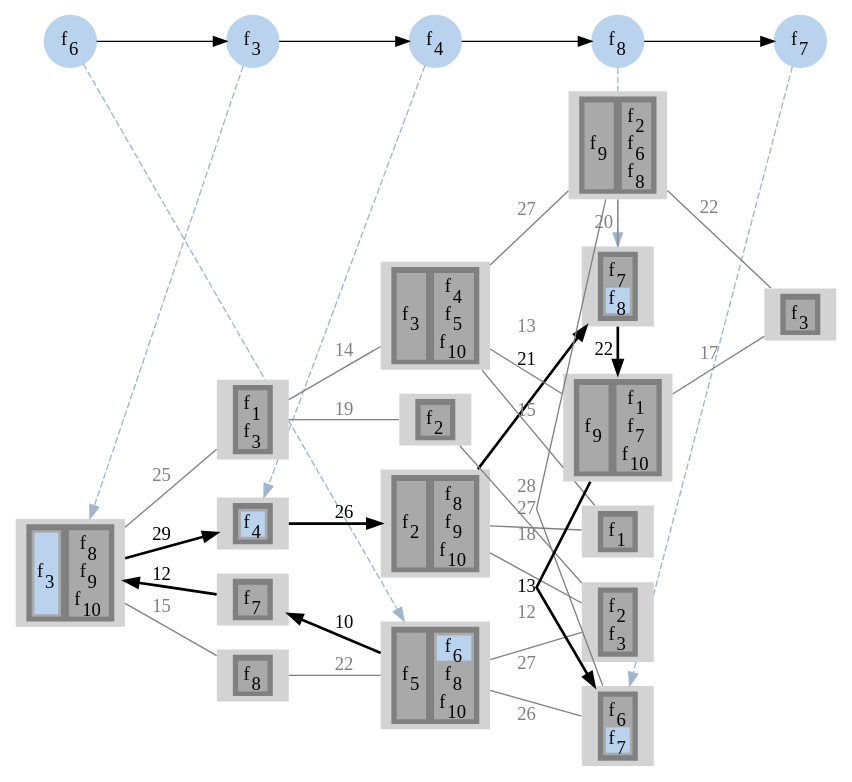
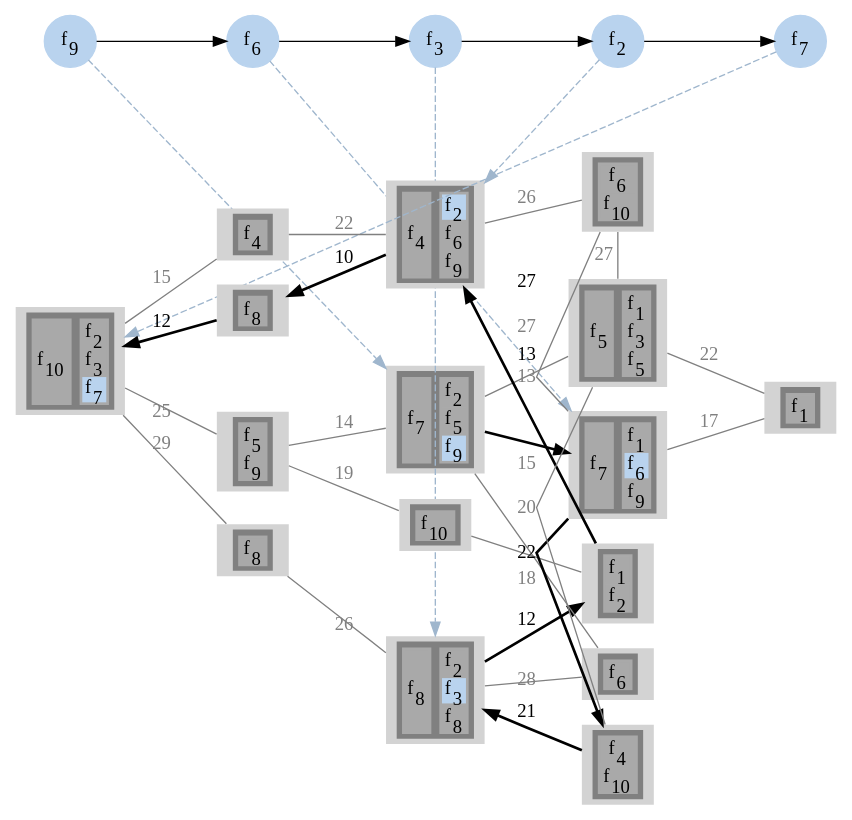
One commit to prateekshyap/SFC_Placement_in_VNF changed the diagram in output/sevenReliabilityOne/gv/sfcAssgn17.gv. Above: the diagram before and after it, drawn with Graphviz. The commit also changed 27 other files, not shown here.

```diff
--- a/output/sevenReliabilityOne/gv/sfcAssgn17.gv
+++ b/output/sevenReliabilityOne/gv/sfcAssgn17.gv
@@ -5,20 +5,20 @@
 subgraph sfc
 {
 node [shape=circle]
+{rank = same; f9; };
 {rank = same; f6; };
 {rank = same; f3; };
-{rank = same; f4; };
-{rank = same; f8; };
+{rank = same; f2; };
 {rank = same; f7; };
+f9[style=filled label=<f<SUB>9</SUB>> color="slategray2"]
 f6[style=filled label=<f<SUB>6</SUB>> color="slategray2"]
 f3[style=filled label=<f<SUB>3</SUB>> color="slategray2"]
-f4[style=filled label=<f<SUB>4</SUB>> color="slategray2"]
-f8[style=filled label=<f<SUB>8</SUB>> color="slategray2"]
+f2[style=filled label=<f<SUB>2</SUB>> color="slategray2"]
 f7[style=filled label=<f<SUB>7</SUB>> color="slategray2"]
+f9 -> f6
 f6 -> f3
-f3 -> f4
-f4 -> f8
-f8 -> f7
+f3 -> f2
+f2 -> f7
 }
 subgraph network
 {
@@ -28,20 +28,134 @@
 {rank = same; 4; 6; 7; 9; };
 {rank = same; 5; 11; 10; 14; 12; 13; };
 {rank = same; 16; };
+9[style=filled
+label=<
+<TABLE BORDER="0" BGCOLOR="gray">
+<TR>
+<TD>
+<TABLE BORDER="0" BGCOLOR="darkgray">
+<TR><TD PORT="f24" BGCOLOR="darkgray">f<SUB>7</SUB></TD></TR>
+</TABLE>
+</TD>
+<TD>
+<TABLE BORDER="0" BGCOLOR="darkgray">
+<TR><TD PORT="f6" BGCOLOR="darkgray">f<SUB>2</SUB></TD></TR>
+<TR><TD PORT="f16" BGCOLOR="darkgray">f<SUB>5</SUB></TD></TR>
+<TR><TD PORT="f32" BGCOLOR="slategray2">f<SUB>9</SUB></TD></TR>
+</TABLE>
+</TD>
+</TR>
+</TABLE>>]
+
+12[style=filled
+label=<
+<TABLE BORDER="0" BGCOLOR="gray">
+<TR>
+<TD>
+<TABLE BORDER="0" BGCOLOR="darkgray">
+<TR><TD PORT="f25" BGCOLOR="darkgray">f<SUB>7</SUB></TD></TR>
+</TABLE>
+</TD>
+<TD>
+<TABLE BORDER="0" BGCOLOR="darkgray">
+<TR><TD PORT="f2" BGCOLOR="darkgray">f<SUB>1</SUB></TD></TR>
+<TR><TD PORT="f22" BGCOLOR="slategray2">f<SUB>6</SUB></TD></TR>
+<TR><TD PORT="f33" BGCOLOR="darkgray">f<SUB>9</SUB></TD></TR>
+</TABLE>
+</TD>
+</TR>
+</TABLE>>]
+
+12[style=filled
+label=<
+<TABLE BORDER="0" BGCOLOR="gray">
+<TR>
+<TD>
+<TABLE BORDER="0" BGCOLOR="darkgray">
+<TR><TD PORT="f25" BGCOLOR="darkgray">f<SUB>7</SUB></TD></TR>
+</TABLE>
+</TD>
+<TD>
+<TABLE BORDER="0" BGCOLOR="darkgray">
+<TR><TD PORT="f2" BGCOLOR="darkgray">f<SUB>1</SUB></TD></TR>
+<TR><TD PORT="f22" BGCOLOR="slategray2">f<SUB>6</SUB></TD></TR>
+<TR><TD PORT="f33" BGCOLOR="darkgray">f<SUB>9</SUB></TD></TR>
+</TABLE>
+</TD>
+</TR>
+</TABLE>>]
+
+6[style=filled
+label=<
+<TABLE BORDER="0" BGCOLOR="gray">
+<TR>
+<TD>
+<TABLE BORDER="0" BGCOLOR="darkgray">
+<TR><TD PORT="f27" BGCOLOR="darkgray">f<SUB>8</SUB></TD></TR>
+</TABLE>
+</TD>
+<TD>
+<TABLE BORDER="0" BGCOLOR="darkgray">
+<TR><TD PORT="f9" BGCOLOR="darkgray">f<SUB>2</SUB></TD></TR>
+<TR><TD PORT="f10" BGCOLOR="slategray2">f<SUB>3</SUB></TD></TR>
+<TR><TD PORT="f30" BGCOLOR="darkgray">f<SUB>8</SUB></TD></TR>
+</TABLE>
+</TD>
+</TR>
+</TABLE>>]
+
+6[style=filled
+label=<
+<TABLE BORDER="0" BGCOLOR="gray">
+<TR>
+<TD>
+<TABLE BORDER="0" BGCOLOR="darkgray">
+<TR><TD PORT="f27" BGCOLOR="darkgray">f<SUB>8</SUB></TD></TR>
+</TABLE>
+</TD>
+<TD>
+<TABLE BORDER="0" BGCOLOR="darkgray">
+<TR><TD PORT="f9" BGCOLOR="darkgray">f<SUB>2</SUB></TD></TR>
+<TR><TD PORT="f10" BGCOLOR="slategray2">f<SUB>3</SUB></TD></TR>
+<TR><TD PORT="f30" BGCOLOR="darkgray">f<SUB>8</SUB></TD></TR>
+</TABLE>
+</TD>
+</TR>
+</TABLE>>]
+
 4[style=filled
 label=<
 <TABLE BORDER="0" BGCOLOR="gray">
 <TR>
 <TD>
 <TABLE BORDER="0" BGCOLOR="darkgray">
-<TR><TD PORT="f16" BGCOLOR="darkgray">f<SUB>5</SUB></TD></TR>
+<TR><TD PORT="f15" BGCOLOR="darkgray">f<SUB>4</SUB></TD></TR>
 </TABLE>
 </TD>
 <TD>
 <TABLE BORDER="0" BGCOLOR="darkgray">
-<TR><TD PORT="f19" BGCOLOR="slategray2">f<SUB>6</SUB></TD></TR>
-<TR><TD PORT="f26" BGCOLOR="darkgray">f<SUB>8</SUB></TD></TR>
-<TR><TD PORT="f38" BGCOLOR="darkgray">f<SUB>10</SUB></TD></TR>
+<TR><TD PORT="f8" BGCOLOR="slategray2">f<SUB>2</SUB></TD></TR>
+<TR><TD PORT="f21" BGCOLOR="darkgray">f<SUB>6</SUB></TD></TR>
+<TR><TD PORT="f31" BGCOLOR="darkgray">f<SUB>9</SUB></TD></TR>
+</TABLE>
+</TD>
+</TR>
+</TABLE>>]
+
+4[style=filled
+label=<
+<TABLE BORDER="0" BGCOLOR="gray">
+<TR>
+<TD>
+<TABLE BORDER="0" BGCOLOR="darkgray">
+<TR><TD PORT="f15" BGCOLOR="darkgray">f<SUB>4</SUB></TD></TR>
+</TABLE>
+</TD>
+<TD>
+<TABLE BORDER="0" BGCOLOR="darkgray">
+<TR><TD PORT="f8" BGCOLOR="slategray2">f<SUB>2</SUB></TD></TR>
+<TR><TD PORT="f21" BGCOLOR="darkgray">f<SUB>6</SUB></TD></TR>
+<TR><TD PORT="f31" BGCOLOR="darkgray">f<SUB>9</SUB></TD></TR>
 </TABLE>
 </TD>
 </TR>
@@ -53,33 +167,26 @@
 <TR>
 <TD>
 <TABLE BORDER="0" BGCOLOR="darkgray">
-<TR><TD PORT="f10" BGCOLOR="slategray2">f<SUB>3</SUB></TD></TR>
+<TR><TD PORT="f35" BGCOLOR="darkgray">f<SUB>10</SUB></TD></TR>
 </TABLE>
 </TD>
 <TD>
 <TABLE BORDER="0" BGCOLOR="darkgray">
-<TR><TD PORT="f28" BGCOLOR="darkgray">f<SUB>8</SUB></TD></TR>
-<TR><TD PORT="f32" BGCOLOR="darkgray">f<SUB>9</SUB></TD></TR>
-<TR><TD PORT="f36" BGCOLOR="darkgray">f<SUB>10</SUB></TD></TR>
+<TR><TD PORT="f7" BGCOLOR="darkgray">f<SUB>2</SUB></TD></TR>
+<TR><TD PORT="f11" BGCOLOR="darkgray">f<SUB>3</SUB></TD></TR>
+<TR><TD PORT="f26" BGCOLOR="slategray2">f<SUB>7</SUB></TD></TR>
 </TABLE>
 </TD>
 </TR>
 </TABLE>>]
 
-1[style=filled
+2[style=filled
 label=<
 <TABLE BORDER="0" BGCOLOR="gray">
 <TR>
 <TD>
 <TABLE BORDER="0" BGCOLOR="darkgray">
-<TR><TD PORT="f10" BGCOLOR="slategray2">f<SUB>3</SUB></TD></TR>
-</TABLE>
-</TD>
-<TD>
-<TABLE BORDER="0" BGCOLOR="darkgray">
 <TR><TD PORT="f28" BGCOLOR="darkgray">f<SUB>8</SUB></TD></TR>
-<TR><TD PORT="f32" BGCOLOR="darkgray">f<SUB>9</SUB></TD></TR>
-<TR><TD PORT="f36" BGCOLOR="darkgray">f<SUB>10</SUB></TD></TR>
 </TABLE>
 </TD>
 </TR>
@@ -91,19 +198,82 @@
 <TR>
 <TD>
 <TABLE BORDER="0" BGCOLOR="darkgray">
-<TR><TD PORT="f14" BGCOLOR="slategray2">f<SUB>4</SUB></TD></TR>
+<TR><TD PORT="f29" BGCOLOR="darkgray">f<SUB>8</SUB></TD></TR>
 </TABLE>
 </TD>
 </TR>
 </TABLE>>]
 
-3[style=filled
+8[style=filled
 label=<
 <TABLE BORDER="0" BGCOLOR="gray">
 <TR>
 <TD>
 <TABLE BORDER="0" BGCOLOR="darkgray">
-<TR><TD PORT="f14" BGCOLOR="slategray2">f<SUB>4</SUB></TD></TR>
+<TR><TD PORT="f17" BGCOLOR="darkgray">f<SUB>5</SUB></TD></TR>
+<TR><TD PORT="f34" BGCOLOR="darkgray">f<SUB>9</SUB></TD></TR>
+</TABLE>
+</TD>
+</TR>
+</TABLE>>]
+
+15[style=filled
+label=<
+<TABLE BORDER="0" BGCOLOR="gray">
+<TR>
+<TD>
+<TABLE BORDER="0" BGCOLOR="darkgray">
+<TR><TD PORT="f14" BGCOLOR="darkgray">f<SUB>4</SUB></TD></TR>
+</TABLE>
+</TD>
+</TR>
+</TABLE>>]
+
+5[style=filled
+label=<
+<TABLE BORDER="0" BGCOLOR="gray">
+<TR>
+<TD>
+<TABLE BORDER="0" BGCOLOR="darkgray">
+<TR><TD PORT="f1" BGCOLOR="darkgray">f<SUB>1</SUB></TD></TR>
+<TR><TD PORT="f5" BGCOLOR="darkgray">f<SUB>2</SUB></TD></TR>
+</TABLE>
+</TD>
+</TR>
+</TABLE>>]
+
+11[style=filled
+label=<
+<TABLE BORDER="0" BGCOLOR="gray">
+<TR>
+<TD>
+<TABLE BORDER="0" BGCOLOR="darkgray">
+<TR><TD PORT="f23" BGCOLOR="darkgray">f<SUB>6</SUB></TD></TR>
+<TR><TD PORT="f38" BGCOLOR="darkgray">f<SUB>10</SUB></TD></TR>
+</TABLE>
+</TD>
+</TR>
+</TABLE>>]
+
+7[style=filled
+label=<
+<TABLE BORDER="0" BGCOLOR="gray">
+<TR>
+<TD>
+<TABLE BORDER="0" BGCOLOR="darkgray">
+<TR><TD PORT="f37" BGCOLOR="darkgray">f<SUB>10</SUB></TD></TR>
+</TABLE>
+</TD>
+</TR>
+</TABLE>>]
+
+10[style=filled
+label=<
+<TABLE BORDER="0" BGCOLOR="gray">
+<TR>
+<TD>
+<TABLE BORDER="0" BGCOLOR="darkgray">
+<TR><TD PORT="f20" BGCOLOR="darkgray">f<SUB>6</SUB></TD></TR>
 </TABLE>
 </TD>
 </TR>
@@ -115,165 +285,8 @@
 <TR>
 <TD>
 <TABLE BORDER="0" BGCOLOR="darkgray">
-<TR><TD PORT="f20" BGCOLOR="darkgray">f<SUB>7</SUB></TD></TR>
-<TR><TD PORT="f27" BGCOLOR="slategray2">f<SUB>8</SUB></TD></TR>
-</TABLE>
-</TD>
-</TR>
-</TABLE>>]
-
-14[style=filled
-label=<
-<TABLE BORDER="0" BGCOLOR="gray">
-<TR>
-<TD>
-<TABLE BORDER="0" BGCOLOR="darkgray">
-<TR><TD PORT="f20" BGCOLOR="darkgray">f<SUB>7</SUB></TD></TR>
-<TR><TD PORT="f27" BGCOLOR="slategray2">f<SUB>8</SUB></TD></TR>
-</TABLE>
-</TD>
-</TR>
-</TABLE>>]
-
-11[style=filled
-label=<
-<TABLE BORDER="0" BGCOLOR="gray">
-<TR>
-<TD>
-<TABLE BORDER="0" BGCOLOR="darkgray">
-<TR><TD PORT="f18" BGCOLOR="darkgray">f<SUB>6</SUB></TD></TR>
-<TR><TD PORT="f22" BGCOLOR="slategray2">f<SUB>7</SUB></TD></TR>
-</TABLE>
-</TD>
-</TR>
-</TABLE>>]
-
-2[style=filled
-label=<
-<TABLE BORDER="0" BGCOLOR="gray">
-<TR>
-<TD>
-<TABLE BORDER="0" BGCOLOR="darkgray">
-<TR><TD PORT="f21" BGCOLOR="darkgray">f<SUB>7</SUB></TD></TR>
-</TABLE>
-</TD>
-</TR>
-</TABLE>>]
-
-8[style=filled
-label=<
-<TABLE BORDER="0" BGCOLOR="gray">
-<TR>
-<TD>
-<TABLE BORDER="0" BGCOLOR="darkgray">
-<TR><TD PORT="f3" BGCOLOR="darkgray">f<SUB>1</SUB></TD></TR>
-<TR><TD PORT="f11" BGCOLOR="darkgray">f<SUB>3</SUB></TD></TR>
-</TABLE>
-</TD>
-</TR>
-</TABLE>>]
-
-15[style=filled
-label=<
-<TABLE BORDER="0" BGCOLOR="gray">
-<TR>
-<TD>
-<TABLE BORDER="0" BGCOLOR="darkgray">
-<TR><TD PORT="f29" BGCOLOR="darkgray">f<SUB>8</SUB></TD></TR>
-</TABLE>
-</TD>
-</TR>
-</TABLE>>]
-
-6[style=filled
-label=<
-<TABLE BORDER="0" BGCOLOR="gray">
-<TR>
-<TD>
-<TABLE BORDER="0" BGCOLOR="darkgray">
-<TR><TD PORT="f6" BGCOLOR="darkgray">f<SUB>2</SUB></TD></TR>
-</TABLE>
-</TD>
-<TD>
-<TABLE BORDER="0" BGCOLOR="darkgray">
-<TR><TD PORT="f24" BGCOLOR="darkgray">f<SUB>8</SUB></TD></TR>
-<TR><TD PORT="f30" BGCOLOR="darkgray">f<SUB>9</SUB></TD></TR>
-<TR><TD PORT="f34" BGCOLOR="darkgray">f<SUB>10</SUB></TD></TR>
-</TABLE>
-</TD>
-</TR>
-</TABLE>>]
-
-5[style=filled
-label=<
-<TABLE BORDER="0" BGCOLOR="gray">
-<TR>
-<TD>
-<TABLE BORDER="0" BGCOLOR="darkgray">
-<TR><TD PORT="f4" BGCOLOR="darkgray">f<SUB>2</SUB></TD></TR>
-<TR><TD PORT="f8" BGCOLOR="darkgray">f<SUB>3</SUB></TD></TR>
-</TABLE>
-</TD>
-</TR>
-</TABLE>>]
-
-7[style=filled
-label=<
-<TABLE BORDER="0" BGCOLOR="gray">
-<TR>
-<TD>
-<TABLE BORDER="0" BGCOLOR="darkgray">
-<TR><TD PORT="f7" BGCOLOR="darkgray">f<SUB>2</SUB></TD></TR>
-</TABLE>
-</TD>
-</TR>
-</TABLE>>]
-
-10[style=filled
-label=<
-<TABLE BORDER="0" BGCOLOR="gray">
-<TR>
-<TD>
-<TABLE BORDER="0" BGCOLOR="darkgray">
-<TR><TD PORT="f2" BGCOLOR="darkgray">f<SUB>1</SUB></TD></TR>
-</TABLE>
-</TD>
-</TR>
-</TABLE>>]
-
-9[style=filled
-label=<
-<TABLE BORDER="0" BGCOLOR="gray">
-<TR>
-<TD>
-<TABLE BORDER="0" BGCOLOR="darkgray">
-<TR><TD PORT="f9" BGCOLOR="darkgray">f<SUB>3</SUB></TD></TR>
-</TABLE>
-</TD>
-<TD>
-<TABLE BORDER="0" BGCOLOR="darkgray">
 <TR><TD PORT="f13" BGCOLOR="darkgray">f<SUB>4</SUB></TD></TR>
-<TR><TD PORT="f15" BGCOLOR="darkgray">f<SUB>5</SUB></TD></TR>
-<TR><TD PORT="f35" BGCOLOR="darkgray">f<SUB>10</SUB></TD></TR>
-</TABLE>
-</TD>
-</TR>
-</TABLE>>]
-
-12[style=filled
-label=<
-<TABLE BORDER="0" BGCOLOR="gray">
-<TR>
-<TD>
-<TABLE BORDER="0" BGCOLOR="darkgray">
-<TR><TD PORT="f33" BGCOLOR="darkgray">f<SUB>9</SUB></TD></TR>
-</TABLE>
-</TD>
-<TD>
-<TABLE BORDER="0" BGCOLOR="darkgray">
-<TR><TD PORT="f1" BGCOLOR="darkgray">f<SUB>1</SUB></TD></TR>
-<TR><TD PORT="f23" BGCOLOR="darkgray">f<SUB>7</SUB></TD></TR>
-<TR><TD PORT="f37" BGCOLOR="darkgray">f<SUB>10</SUB></TD></TR>
+<TR><TD PORT="f36" BGCOLOR="darkgray">f<SUB>10</SUB></TD></TR>
 </TABLE>
 </TD>
 </TR>
@@ -285,14 +298,14 @@
 <TR>
 <TD>
 <TABLE BORDER="0" BGCOLOR="darkgray">
-<TR><TD PORT="f31" BGCOLOR="darkgray">f<SUB>9</SUB></TD></TR>
+<TR><TD PORT="f18" BGCOLOR="darkgray">f<SUB>5</SUB></TD></TR>
 </TABLE>
 </TD>
 <TD>
 <TABLE BORDER="0" BGCOLOR="darkgray">
-<TR><TD PORT="f5" BGCOLOR="darkgray">f<SUB>2</SUB></TD></TR>
-<TR><TD PORT="f17" BGCOLOR="darkgray">f<SUB>6</SUB></TD></TR>
-<TR><TD PORT="f25" BGCOLOR="darkgray">f<SUB>8</SUB></TD></TR>
+<TR><TD PORT="f3" BGCOLOR="darkgray">f<SUB>1</SUB></TD></TR>
+<TR><TD PORT="f12" BGCOLOR="darkgray">f<SUB>3</SUB></TD></TR>
+<TR><TD PORT="f19" BGCOLOR="darkgray">f<SUB>5</SUB></TD></TR>
 </TABLE>
 </TD>
 </TR>
@@ -304,41 +317,41 @@
 <TR>
 <TD>
 <TABLE BORDER="0" BGCOLOR="darkgray">
-<TR><TD PORT="f12" BGCOLOR="darkgray">f<SUB>3</SUB></TD></TR>
+<TR><TD PORT="f4" BGCOLOR="darkgray">f<SUB>1</SUB></TD></TR>
 </TABLE>
 </TD>
 </TR>
 </TABLE>>]
 
+9 -> 12[label="13" color="black" penwidth=2]
+12 -> 14[label="22" color="black" penwidth=2]
+14 -> 6[label="21" color="black" penwidth=2]
+6 -> 5[label="12" color="black" penwidth=2]
+5 -> 4[label="27" color="black" penwidth=2]
 4 -> 2[label="10" color="black" penwidth=2]
 2 -> 1[label="12" color="black" penwidth=2]
-1 -> 3[label="29" color="black" penwidth=2]
-3 -> 6[label="26" color="black" penwidth=2]
-6 -> 14[label="21" color="black" penwidth=2]
-14 -> 12[label="22" color="black" penwidth=2]
-12 -> 11[label="13" color="black" penwidth=2]
+1 -> 3[label="29" color="gray" fontcolor="gray" dir = none]
 1 -> 8[label="25" color="gray" fontcolor="gray" dir = none]
 1 -> 15[label="15" color="gray" fontcolor="gray" dir = none]
-4 -> 5[label="27" color="gray" fontcolor="gray" dir = none]
+3 -> 6[label="26" color="gray" fontcolor="gray" dir = none]
 4 -> 11[label="26" color="gray" fontcolor="gray" dir = none]
 4 -> 15[label="22" color="gray" fontcolor="gray" dir = none]
-5 -> 6[label="12" color="gray" fontcolor="gray" dir = none]
 5 -> 7[label="18" color="gray" fontcolor="gray" dir = none]
 6 -> 10[label="28" color="gray" fontcolor="gray" dir = none]
 7 -> 8[label="19" color="gray" fontcolor="gray" dir = none]
 8 -> 9[label="14" color="gray" fontcolor="gray" dir = none]
 9 -> 10[label="15" color="gray" fontcolor="gray" dir = none]
-9 -> 12[label="13" color="gray" fontcolor="gray" dir = none]
 9 -> 13[label="27" color="gray" fontcolor="gray" dir = none]
+11 -> 12[label="13" color="gray" fontcolor="gray" dir = none]
 11 -> 13[label="27" color="gray" fontcolor="gray" dir = none]
 12 -> 16[label="17" color="gray" fontcolor="gray" dir = none]
 13 -> 14[label="20" color="gray" fontcolor="gray" dir = none]
 13 -> 16[label="22" color="gray" fontcolor="gray" dir = none]
 }
 splines=false
-f6 -> 4[color="slategray3" style=dashed constraint=false]
-f3 -> 1[color="slategray3" style=dashed constraint=false]
-f4 -> 3[color="slategray3" style=dashed constraint=false]
-f8 -> 14[color="slategray3" style=dashed constraint=false]
-f7 -> 11[color="slategray3" style=dashed constraint=false]
+f9 -> 9[color="slategray3" style=dashed constraint=false]
+f6 -> 12[color="slategray3" style=dashed constraint=false]
+f3 -> 6[color="slategray3" style=dashed constraint=false]
+f2 -> 4[color="slategray3" style=dashed constraint=false]
+f7 -> 1[color="slategray3" style=dashed constraint=false]
 }
```
